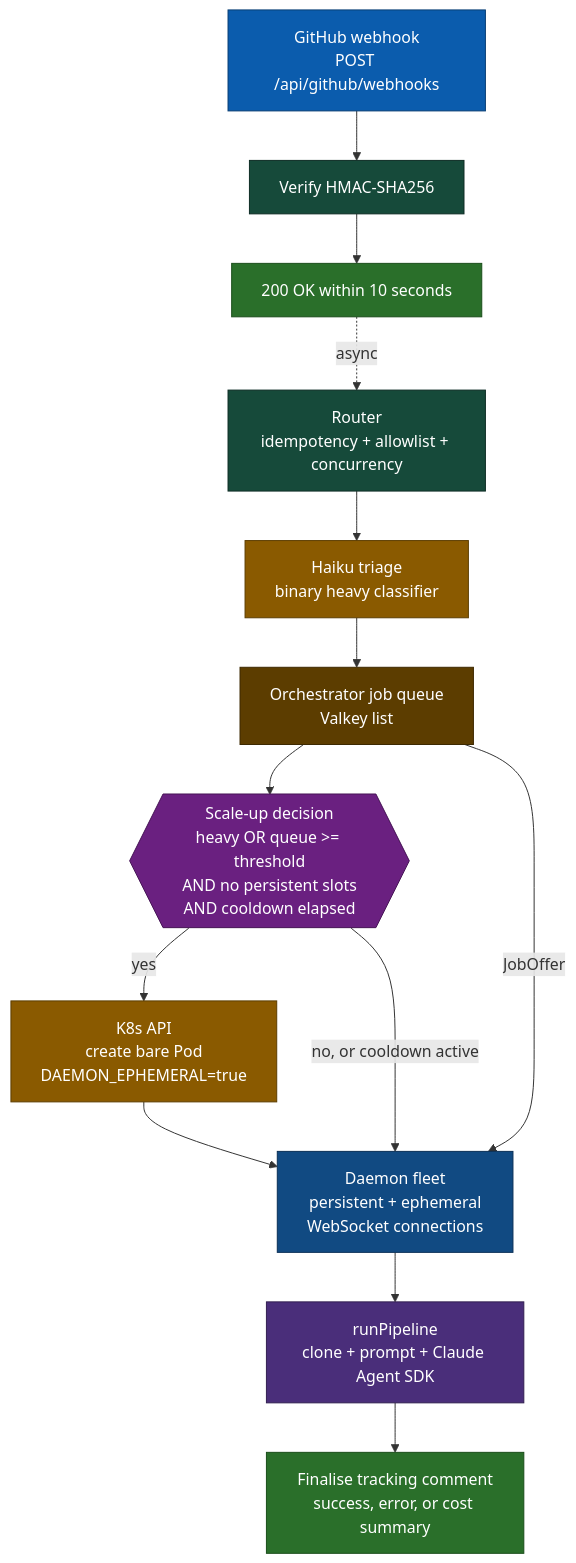
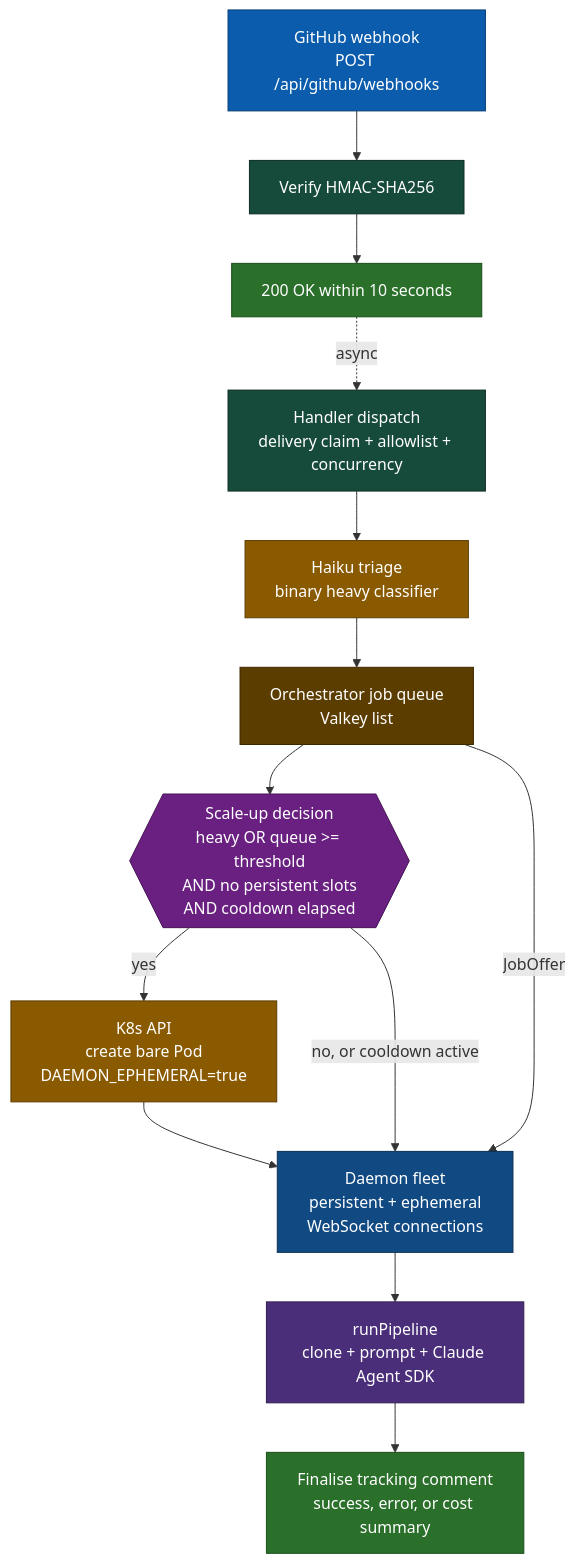
One commit to chrisleekr/github-app-playground changed the first of 3 diagrams in docs/build/architecture.md. Above: the diagram before and after it, drawn with Mermaid. The commit also changed other lines of this file and 9 other files, not shown here.

Commit message:
fix(idempotency): gate side-effecting handlers with Valkey claim to prevent redelivery duplicates (#212)

````diff
--- a/docs/build/architecture.md
+++ b/docs/build/architecture.md
@@ -7,36 +7,36 @@
 ```mermaid
 flowchart TD
     GH["GitHub webhook<br/>POST /api/github/webhooks"]:::entry
     VERIFY["Verify HMAC-SHA256"]:::guard
     ACK["200 OK within 10 seconds"]:::ack
-    ROUTE["Router<br/>idempotency + allowlist + concurrency"]:::guard
+    ROUTE["Handler dispatch<br/>delivery claim + allowlist + concurrency"]:::guard
     TR["Haiku triage<br/>binary heavy classifier"]:::decide
     QUEUE["Orchestrator job queue<br/>Valkey list"]:::store
     SCALE{{"Scale-up decision<br/>heavy OR queue >= threshold<br/>AND no persistent slots<br/>AND cooldown elapsed"}}:::fork
     SPAWN["K8s API<br/>create bare Pod<br/>DAEMON_EPHEMERAL=true"]:::decide
     FLEET["Daemon fleet<br/>persistent + ephemeral<br/>WebSocket connections"]:::target
     PIPE["runPipeline<br/>clone + prompt + Claude Agent SDK"]:::work
     FIN["Finalise tracking comment<br/>success, error, or cost summary"]:::done
 
     GH --> VERIFY --> ACK
     ACK -. async .-> ROUTE
     ROUTE --> TR
     TR --> QUEUE
     QUEUE --> SCALE
     SCALE -->|yes| SPAWN
     SPAWN --> FLEET
     SCALE -->|no, or cooldown active| FLEET
     QUEUE -->|JobOffer| FLEET
     FLEET --> PIPE
     PIPE --> FIN
 
     classDef entry fill:#0b5cad,stroke:#083e74,color:#ffffff
     classDef guard fill:#164a3a,stroke:#0d2c24,color:#ffffff
     classDef ack fill:#2a6f2a,stroke:#1a4d1a,color:#ffffff
     classDef decide fill:#8a5a00,stroke:#5c3d00,color:#ffffff
     classDef fork fill:#6a2080,stroke:#451454,color:#ffffff
     classDef target fill:#114a82,stroke:#0a2f56,color:#ffffff
     classDef work fill:#4a2e7a,stroke:#311f50,color:#ffffff
     classDef store fill:#5c3d00,stroke:#3d2900,color:#ffffff
     classDef done fill:#2a6f2a,stroke:#1a4d1a,color:#ffffff
 ```
````
